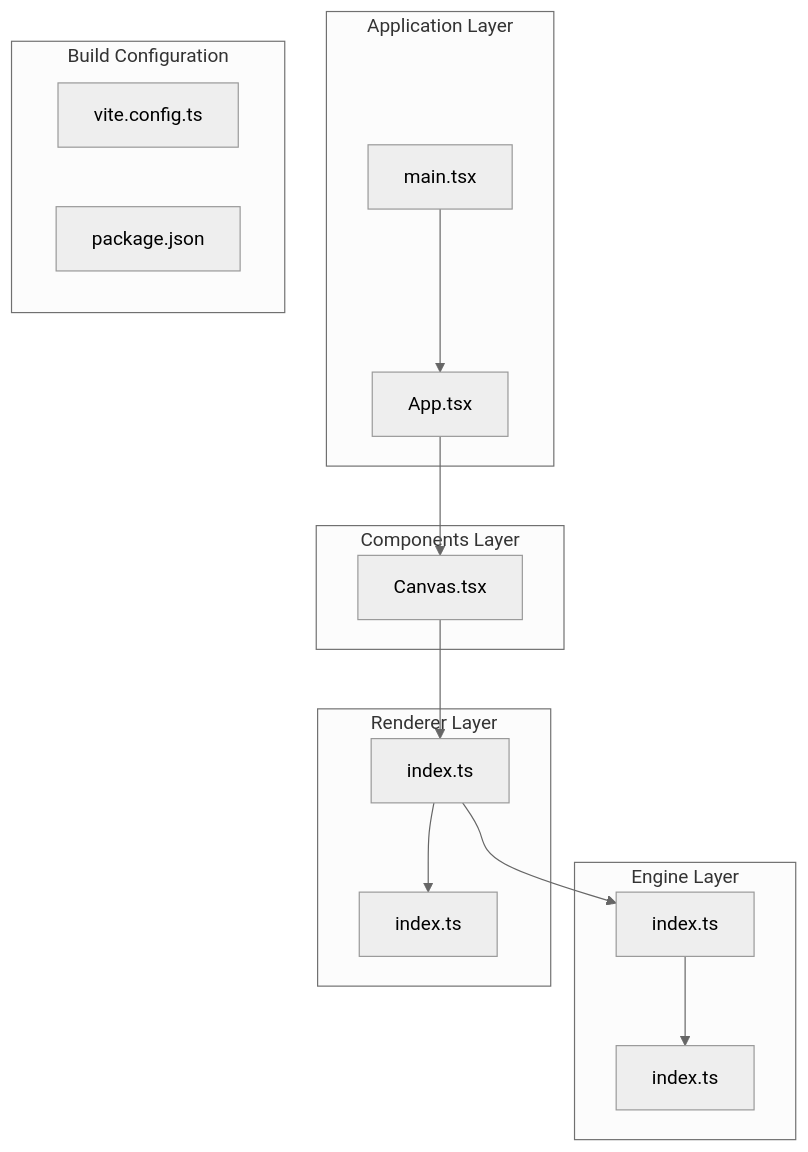
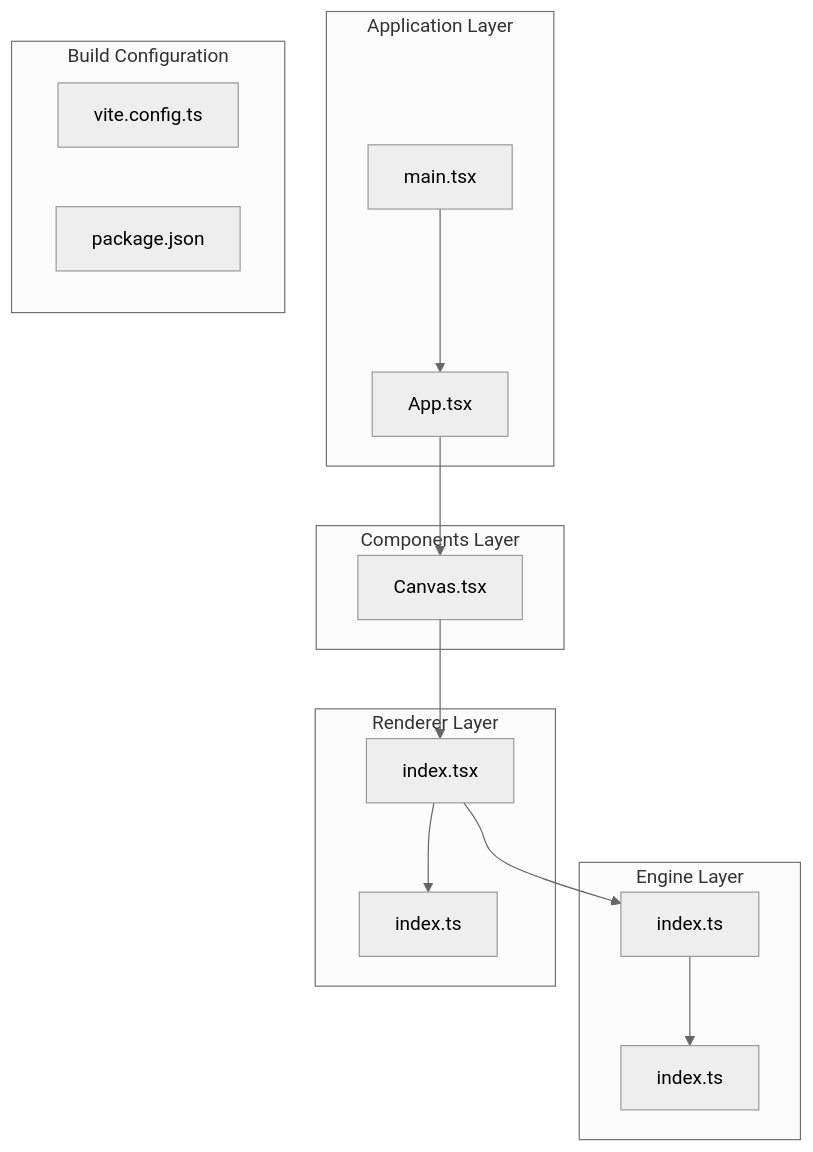
The first of 7 diagrams in .qoder/repowiki/en/content/Rendering System/Canvas Renderer Integration Plans.md (Anna0314zy/ai_editor_enginer), drawn with Mermaid (neutral theme) before and after one commit. The commit also changed other lines of this file and 44 other files, not shown here.

````diff
--- a/.qoder/repowiki/en/content/Rendering System/Canvas Renderer Integration Plans.md
+++ b/.qoder/repowiki/en/content/Rendering System/Canvas Renderer Integration Plans.md
@@ -42,28 +52,28 @@
 ```mermaid
 graph TB
 subgraph "Application Layer"
 APP[App.tsx]
 MAIN[main.tsx]
 end
 subgraph "Components Layer"
 CANVAS[Canvas.tsx]
 end
 subgraph "Engine Layer"
 ENGINE[index.ts]
 STORE[index.ts]
 end
 subgraph "Renderer Layer"
-RENDERER[index.ts]
+RENDERER[index.tsx]
 TYPES[index.ts]
 end
 subgraph "Build Configuration"
 VITE[vite.config.ts]
 PKG[package.json]
 end
 APP --> CANVAS
 MAIN --> APP
 CANVAS --> RENDERER
 RENDERER --> ENGINE
 ENGINE --> STORE
 RENDERER --> TYPES
 ```
````
